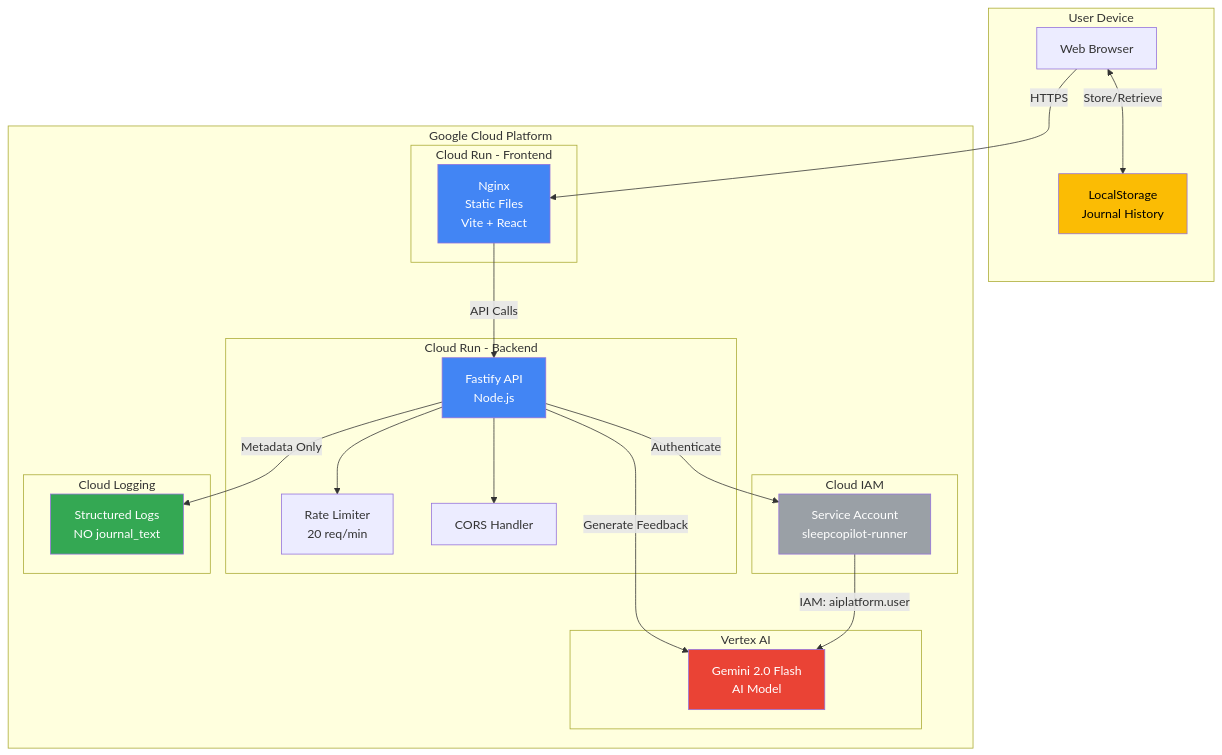
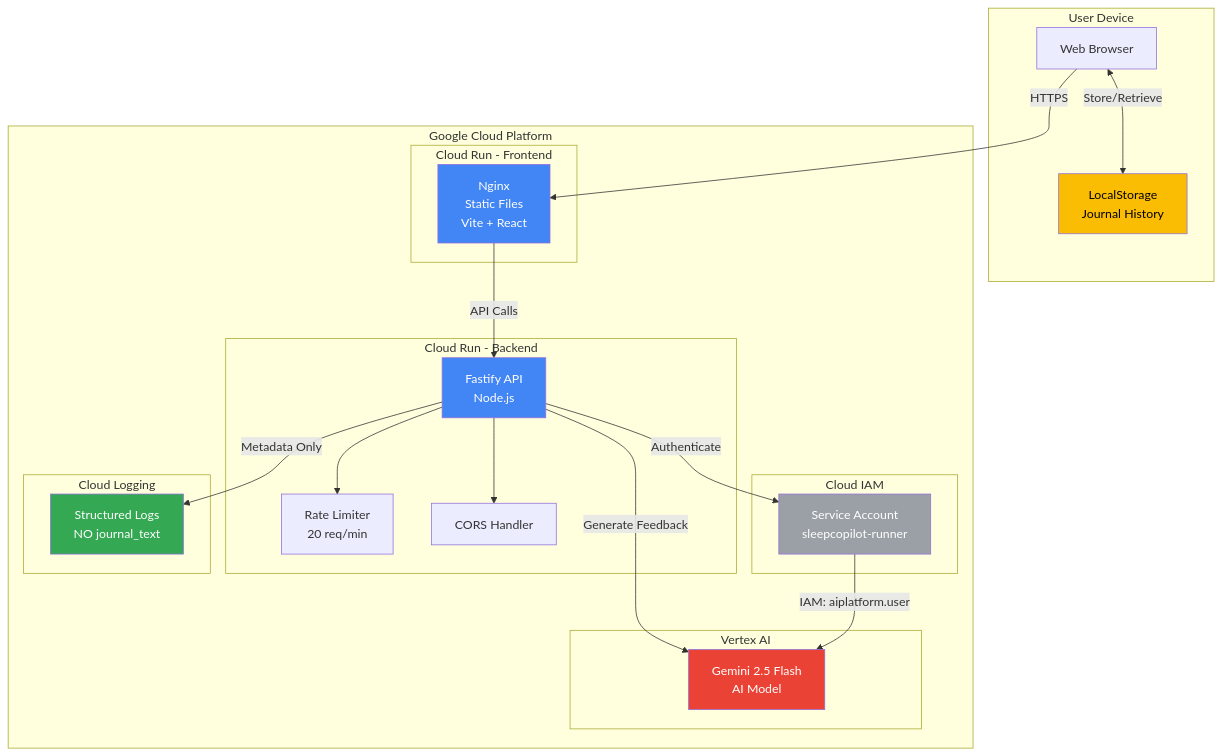
Before and after one commit to nisiwa02/sleep-journal-app: the diagram in docs/architecture.mmd, drawn with Mermaid.

Commit message:
Update Gemini model version in architecture documentation
2.0 -> 2.5

```diff
--- a/docs/architecture.mmd
+++ b/docs/architecture.mmd
@@ -1,48 +1,48 @@
 graph TB
     subgraph "User Device"
         Browser[Web Browser]
         LocalStorage[LocalStorage<br/>Journal History]
     end
 
     subgraph "Google Cloud Platform"
         subgraph "Cloud Run - Frontend"
             Frontend[Nginx<br/>Static Files<br/>Vite + React]
         end
 
         subgraph "Cloud Run - Backend"
             Backend[Fastify API<br/>Node.js]
             RateLimit[Rate Limiter<br/>20 req/min]
             CORS[CORS Handler]
         end
 
         subgraph "Vertex AI"
-            Gemini[Gemini 2.0 Flash<br/>AI Model]
+            Gemini[Gemini 2.5 Flash<br/>AI Model]
         end
 
         subgraph "Cloud IAM"
             SA[Service Account<br/>sleepcopilot-runner]
         end
 
         subgraph "Cloud Logging"
             Logs[Structured Logs<br/>NO journal_text]
         end
     end
 
     Browser -->|HTTPS| Frontend
     Frontend -->|API Calls| Backend
     Browser <-->|Store/Retrieve| LocalStorage
 
     Backend --> CORS
     Backend --> RateLimit
     Backend -->|Authenticate| SA
     Backend -->|Generate Feedback| Gemini
     Backend -->|Metadata Only| Logs
 
     SA -->|IAM: aiplatform.user| Gemini
 
     style Frontend fill:#4285f4,color:#fff
     style Backend fill:#4285f4,color:#fff
     style Gemini fill:#ea4335,color:#fff
     style LocalStorage fill:#fbbc04,color:#000
     style Logs fill:#34a853,color:#fff
     style SA fill:#9aa0a6,color:#fff
```
